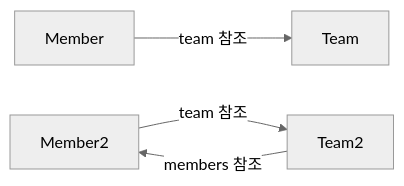
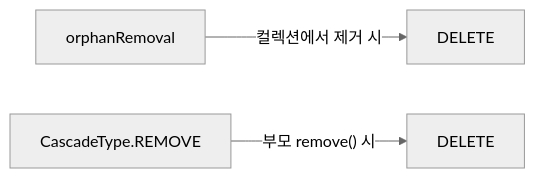
One commit to yjkim2015/yjkim2015.github.io changed the fifth of 7 diagrams in _posts/jpa/2026-05-01-jpa-fundamentals.md. Above: the diagram before and after it, drawn with Mermaid (neutral theme). The commit also changed other lines of this file and 4 other files, not shown here.

````diff
--- a/_posts/jpa/2026-05-01-jpa-fundamentals.md
+++ b/_posts/jpa/2026-05-01-jpa-fundamentals.md
@@ -392,6 +508,5 @@
 ```mermaid
 graph LR
-    M1["Member"] -->|"team 참조"| T1["Team"]
-    M2["Member2"] -->|"team 참조"| T2["Team2"]
-    T2 -->|"members 참조"| M2
+    OR["orphanRemoval"] -->|"컬렉션에서 제거 시"| DEL["DELETE"]
+    CR["CascadeType.REMOVE"] -->|"부모 remove() 시"| DEL2["DELETE"]
 ```
````
